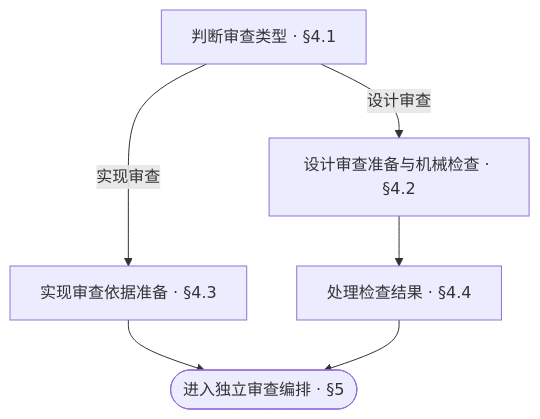
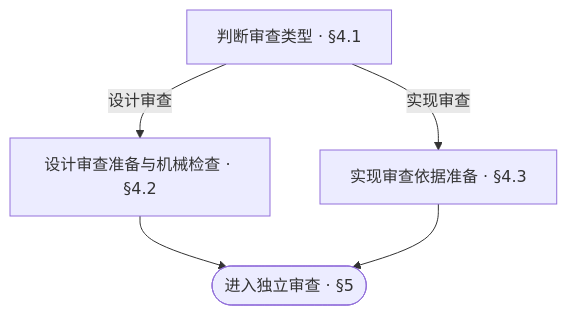
Before and after one commit to ruozi/anyone-can-architect: the second of 2 diagrams in zh-CN/dist/cursor/aca-review/SKILL.md, drawn with Mermaid. The commit also changed other lines of this file and 132 other files, not shown here.

````diff
--- a/zh-CN/dist/cursor/aca-review/SKILL.md
+++ b/zh-CN/dist/cursor/aca-review/SKILL.md
@@ -140,8 +136,7 @@
 ```mermaid
 flowchart TD
     Kind["判断审查类型 · §4.1"] -- 设计审查 --> Design["设计审查准备与机械检查 · §4.2"]
     Kind -- 实现审查 --> Implementation["实现审查依据准备 · §4.3"]
-    Design --> Results["处理检查结果 · §4.4"]
-    Implementation --> Next(["进入独立审查编排 · §5"])
-    Results --> Next
+    Design --> Next(["进入独立审查 · §5"])
+    Implementation --> Next
 ```
````
